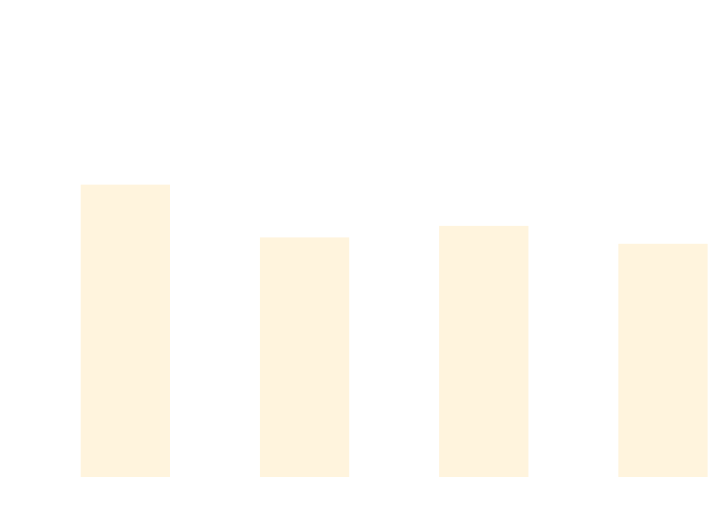
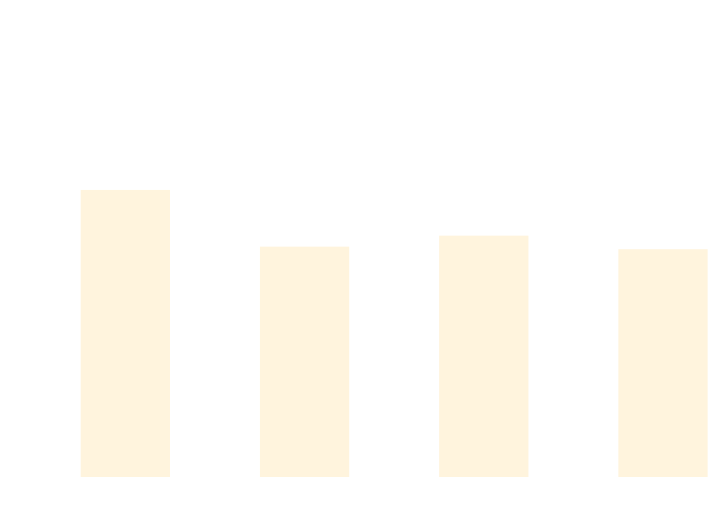
The diagram in docs/docs/benchmarks/BuildTime.md (thomhurst/TUnit), drawn with Mermaid before and after one commit. The commit also changed other lines of this file and 17 other files, not shown here.

````diff
--- a/docs/docs/benchmarks/BuildTime.md
+++ b/docs/docs/benchmarks/BuildTime.md
@@ -28,37 +28,37 @@
 ```mermaid
 %%{init: {
   'theme':'base',
   'themeVariables': {
     'primaryColor': '#2563eb',
     'primaryTextColor': '#ffffff',
     'primaryBorderColor': '#1e40af',
     'lineColor': '#6b7280',
     'secondaryColor': '#7c3aed',
     'tertiaryColor': '#dc2626',
     'background': '#ffffff',
     'mainBkg': '#2563eb',
     'secondBkg': '#7c3aed',
     'tertiaryBkg': '#dc2626',
     'clusterBkg': '#f3f4f6',
     'edgeLabelBackground': '#ffffff',
     'tertiaryTextColor': '#1f2937',
     'pie1': '#2563eb',
     'pie2': '#7c3aed',
     'pie3': '#dc2626',
     'pie4': '#f59e0b',
     'pie5': '#10b981',
     'pie6': '#06b6d4',
     'pie7': '#ec4899',
     'pie8': '#6366f1',
     'pie9': '#84cc16',
     'pie10': '#f97316',
     'pie11': '#14b8a6',
     'pie12': '#a855f7'
   }
 }}%%
 xychart-beta
   title "Build Time Comparison"
   x-axis ["Build_TUnit", "Build_NUnit", "Build_MSTest", "Build_xUnit3"]
   y-axis "Time (s)" 0 --> 3
-  bar [2.096, 1.707, 1.792, 1.66]
+  bar [2.057, 1.639, 1.72, 1.62]
 ```
````
